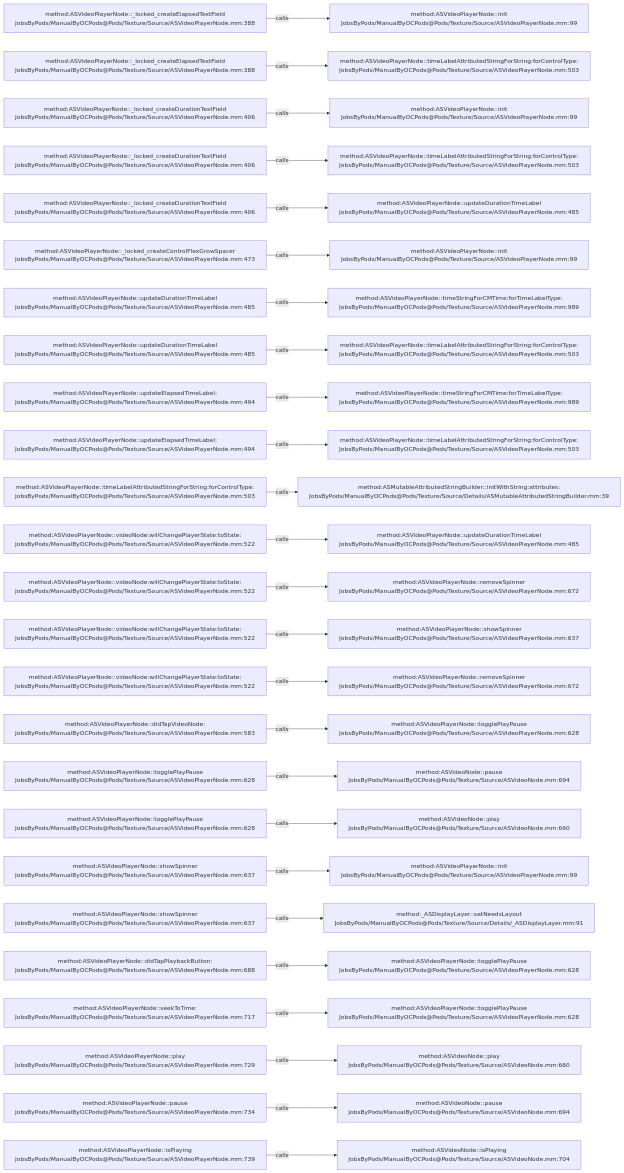
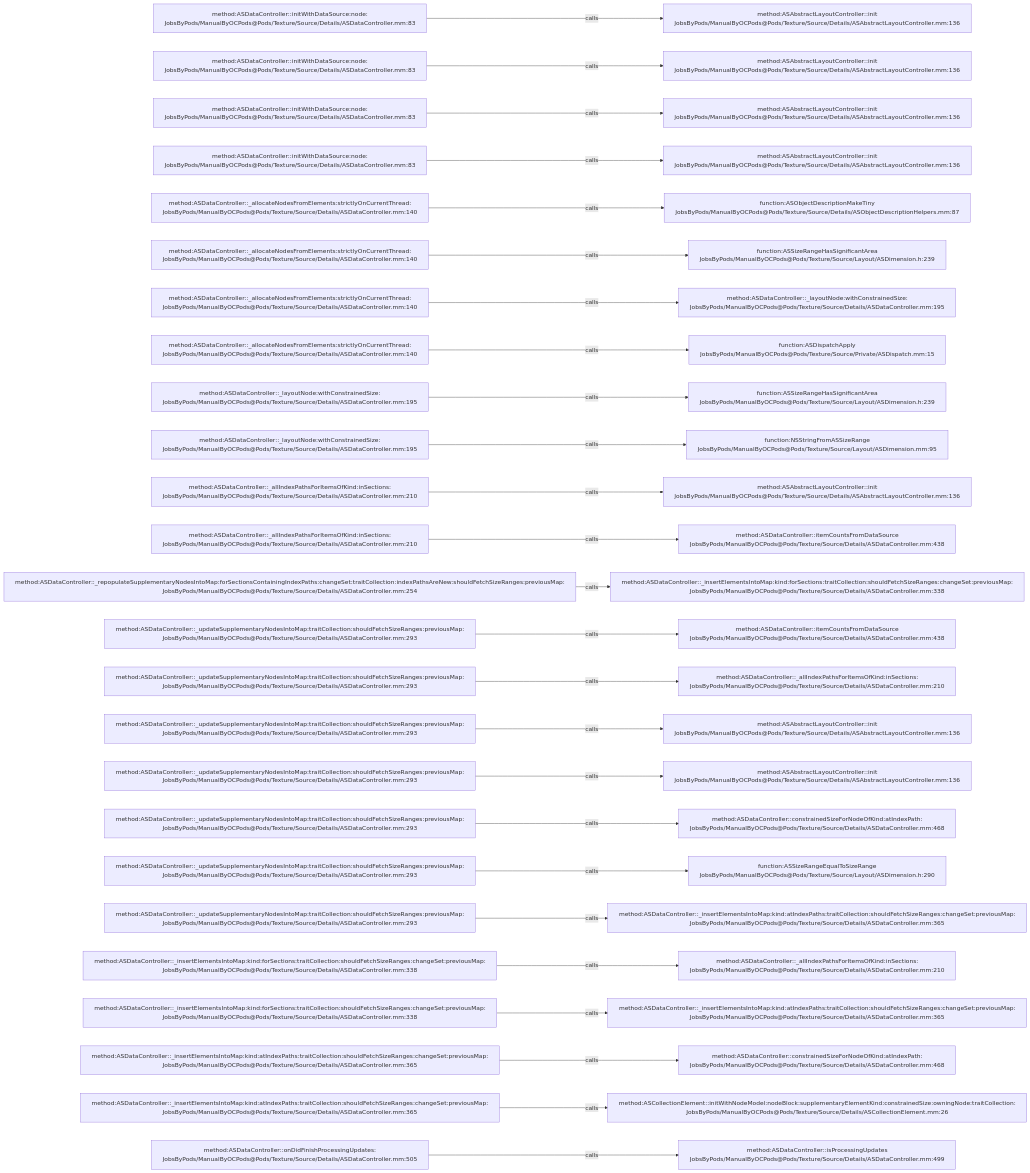
Before and after one commit to JobsKits/JobsOCBaseConfigDemo: the diagram in .codegraph/codegraph.md/graphs/calls-138.md, drawn with Mermaid. The commit also changed 2723 other files, not shown here.

````diff
--- a/.codegraph/codegraph.md/graphs/calls-138.md
+++ b/.codegraph/codegraph.md/graphs/calls-138.md
@@ -13,78 +13,78 @@
 ```mermaid
 flowchart LR
-  S1["method:ASVideoPlayerNode::_locked_createElapsedTextField<br/>JobsByPods/ManualByOCPods@Pods/Texture/Source/ASVideoPlayerNode.mm:388"]
-  T1["method:ASVideoPlayerNode::init<br/>JobsByPods/ManualByOCPods@Pods/Texture/Source/ASVideoPlayerNode.mm:99"]
+  S1["method:ASDataController::initWithDataSource:node:<br/>JobsByPods/ManualByOCPods@Pods/Texture/Source/Details/ASDataController.mm:83"]
+  T1["method:ASAbstractLayoutController::init<br/>JobsByPods/ManualByOCPods@Pods/Texture/Source/Details/ASAbstractLayoutController.mm:136"]
   S1 -->|calls| T1
-  S2["method:ASVideoPlayerNode::_locked_createElapsedTextField<br/>JobsByPods/ManualByOCPods@Pods/Texture/Source/ASVideoPlayerNode.mm:388"]
-  T2["method:ASVideoPlayerNode::timeLabelAttributedStringForString:forControlType:<br/>JobsByPods/ManualByOCPods@Pods/Texture/Source/ASVideoPlayerNode.mm:503"]
+  S2["method:ASDataController::initWithDataSource:node:<br/>JobsByPods/ManualByOCPods@Pods/Texture/Source/Details/ASDataController.mm:83"]
+  T2["method:ASAbstractLayoutController::init<br/>JobsByPods/ManualByOCPods@Pods/Texture/Source/Details/ASAbstractLayoutController.mm:136"]
   S2 -->|calls| T2
-  S3["method:ASVideoPlayerNode::_locked_createDurationTextField<br/>JobsByPods/ManualByOCPods@Pods/Texture/Source/ASVideoPlayerNode.mm:406"]
-  T3["method:ASVideoPlayerNode::init<br/>JobsByPods/ManualByOCPods@Pods/Texture/Source/ASVideoPlayerNode.mm:99"]
+  S3["method:ASDataController::initWithDataSource:node:<br/>JobsByPods/ManualByOCPods@Pods/Texture/Source/Details/ASDataController.mm:83"]
+  T3["method:ASAbstractLayoutController::init<br/>JobsByPods/ManualByOCPods@Pods/Texture/Source/Details/ASAbstractLayoutController.mm:136"]
   S3 -->|calls| T3
-  S4["method:ASVideoPlayerNode::_locked_createDurationTextField<br/>JobsByPods/ManualByOCPods@Pods/Texture/Source/ASVideoPlayerNode.mm:406"]
-  T4["method:ASVideoPlayerNode::timeLabelAttributedStringForString:forControlType:<br/>JobsByPods/ManualByOCPods@Pods/Texture/Source/ASVideoPlayerNode.mm:503"]
+  S4["method:ASDataController::initWithDataSource:node:<br/>JobsByPods/ManualByOCPods@Pods/Texture/Source/Details/ASDataController.mm:83"]
+  T4["method:ASAbstractLayoutController::init<br/>JobsByPods/ManualByOCPods@Pods/Texture/Source/Details/ASAbstractLayoutController.mm:136"]
   S4 -->|calls| T4
-  S5["method:ASVideoPlayerNode::_locked_createDurationTextField<br/>JobsByPods/ManualByOCPods@Pods/Texture/Source/ASVideoPlayerNode.mm:406"]
-  T5["method:ASVideoPlayerNode::updateDurationTimeLabel<br/>JobsByPods/ManualByOCPods@Pods/Texture/Source/ASVideoPlayerNode.mm:485"]
+  S5["method:ASDataController::_allocateNodesFromElements:strictlyOnCurrentThread:<br/>JobsByPods/ManualByOCPods@Pods/Texture/Source/Details/ASDataController.mm:140"]
+  T5["function:ASObjectDescriptionMakeTiny<br/>JobsByPods/ManualByOCPods@Pods/Texture/Source/Details/ASObjectDescriptionHelpers.mm:87"]
   S5 -->|calls| T5
-  S6["method:ASVideoPlayerNode::_locked_createControlFlexGrowSpacer<br/>JobsByPods/ManualByOCPods@Pods/Texture/Source/ASVideoPlayerNode.mm:473"]
-  T6["method:ASVideoPlayerNode::init<br/>JobsByPods/ManualByOCPods@Pods/Texture/Source/ASVideoPlayerNode.mm:99"]
+  S6["method:ASDataController::_allocateNodesFromElements:strictlyOnCurrentThread:<br/>JobsByPods/ManualByOCPods@Pods/Texture/Source/Details/ASDataController.mm:140"]
+  T6["function:ASSizeRangeHasSignificantArea<br/>JobsByPods/ManualByOCPods@Pods/Texture/Source/Layout/ASDimension.h:239"]
   S6 -->|calls| T6
-  S7["method:ASVideoPlayerNode::updateDurationTimeLabel<br/>JobsByPods/ManualByOCPods@Pods/Texture/Source/ASVideoPlayerNode.mm:485"]
-  T7["method:ASVideoPlayerNode::timeStringForCMTime:forTimeLabelType:<br/>JobsByPods/ManualByOCPods@Pods/Texture/Source/ASVideoPlayerNode.mm:989"]
+  S7["method:ASDataController::_allocateNodesFromElements:strictlyOnCurrentThread:<br/>JobsByPods/ManualByOCPods@Pods/Texture/Source/Details/ASDataController.mm:140"]
+  T7["method:ASDataController::_layoutNode:withConstrainedSize:<br/>JobsByPods/ManualByOCPods@Pods/Texture/Source/Details/ASDataController.mm:195"]
   S7 -->|calls| T7
-  S8["method:ASVideoPlayerNode::updateDurationTimeLabel<br/>JobsByPods/ManualByOCPods@Pods/Texture/Source/ASVideoPlayerNode.mm:485"]
-  T8["method:ASVideoPlayerNode::timeLabelAttributedStringForString:forControlType:<br/>JobsByPods/ManualByOCPods@Pods/Texture/Source/ASVideoPlayerNode.mm:503"]
+  S8["method:ASDataController::_allocateNodesFromElements:strictlyOnCurrentThread:<br/>JobsByPods/ManualByOCPods@Pods/Texture/Source/Details/ASDataController.mm:140"]
+  T8["function:ASDispatchApply<br/>JobsByPods/ManualByOCPods@Pods/Texture/Source/Private/ASDispatch.mm:15"]
   S8 -->|calls| T8
-  S9["method:ASVideoPlayerNode::updateElapsedTimeLabel:<br/>JobsByPods/ManualByOCPods@Pods/Texture/Source/ASVideoPlayerNode.mm:494"]
-  T9["method:ASVideoPlayerNode::timeStringForCMTime:forTimeLabelType:<br/>JobsByPods/ManualByOCPods@Pods/Texture/Source/ASVideoPlayerNode.mm:989"]
+  S9["method:ASDataController::_layoutNode:withConstrainedSize:<br/>JobsByPods/ManualByOCPods@Pods/Texture/Source/Details/ASDataController.mm:195"]
+  T9["function:ASSizeRangeHasSignificantArea<br/>JobsByPods/ManualByOCPods@Pods/Texture/Source/Layout/ASDimension.h:239"]
   S9 -->|calls| T9
-  S10["method:ASVideoPlayerNode::updateElapsedTimeLabel:<br/>JobsByPods/ManualByOCPods@Pods/Texture/Source/ASVideoPlayerNode.mm:494"]
-  T10["method:ASVideoPlayerNode::timeLabelAttributedStringForString:forControlType:<br/>JobsByPods/ManualByOCPods@Pods/Texture/Source/ASVideoPlayerNode.mm:503"]
+  S10["method:ASDataController::_layoutNode:withConstrainedSize:<br/>JobsByPods/ManualByOCPods@Pods/Texture/Source/Details/ASDataController.mm:195"]
+  T10["function:NSStringFromASSizeRange<br/>JobsByPods/ManualByOCPods@Pods/Texture/Source/Layout/ASDimension.mm:95"]
   S10 -->|calls| T10
-  S11["method:ASVideoPlayerNode::timeLabelAttributedStringForString:forControlType:<br/>JobsByPods/ManualByOCPods@Pods/Texture/Source/ASVideoPlayerNode.mm:503"]
-  T11["method:ASMutableAttributedStringBuilder::initWithString:attributes:<br/>JobsByPods/ManualByOCPods@Pods/Texture/Source/Details/ASMutableAttributedStringBuilder.mm:39"]
+  S11["method:ASDataController::_allIndexPathsForItemsOfKind:inSections:<br/>JobsByPods/ManualByOCPods@Pods/Texture/Source/Details/ASDataController.mm:210"]
+  T11["method:ASAbstractLayoutController::init<br/>JobsByPods/ManualByOCPods@Pods/Texture/Source/Details/ASAbstractLayoutController.mm:136"]
   S11 -->|calls| T11
-  S12["method:ASVideoPlayerNode::videoNode:willChangePlayerState:toState:<br/>JobsByPods/ManualByOCPods@Pods/Texture/Source/ASVideoPlayerNode.mm:522"]
-  T12["method:ASVideoPlayerNode::updateDurationTimeLabel<br/>JobsByPods/ManualByOCPods@Pods/Texture/Source/ASVideoPlayerNode.mm:485"]
+  S12["method:ASDataController::_allIndexPathsForItemsOfKind:inSections:<br/>JobsByPods/ManualByOCPods@Pods/Texture/Source/Details/ASDataController.mm:210"]
+  T12["method:ASDataController::itemCountsFromDataSource<br/>JobsByPods/ManualByOCPods@Pods/Texture/Source/Details/ASDataController.mm:438"]
   S12 -->|calls| T12
-  S13["method:ASVideoPlayerNode::videoNode:willChangePlayerState:toState:<br/>JobsByPods/ManualByOCPods@Pods/Texture/Source/ASVideoPlayerNode.mm:522"]
-  T13["method:ASVideoPlayerNode::removeSpinner<br/>JobsByPods/ManualByOCPods@Pods/Texture/Source/ASVideoPlayerNode.mm:672"]
+  S13["method:ASDataController::_repopulateSupplementaryNodesIntoMap:forSectionsContainingIndexPaths:changeSet:traitCollection:indexPathsAreNew:shouldFetchSizeRanges:previousMap:<br/>JobsByPods/ManualByOCPods@Pods/Texture/Source/Details/ASDataController.mm:254"]
+  T13["method:ASDataController::_insertElementsIntoMap:kind:forSections:traitCollection:shouldFetchSizeRanges:changeSet:previousMap:<br/>JobsByPods/ManualByOCPods@Pods/Texture/Source/Details/ASDataController.mm:338"]
   S13 -->|calls| T13
-  S14["method:ASVideoPlayerNode::videoNode:willChangePlayerState:toState:<br/>JobsByPods/ManualByOCPods@Pods/Texture/Source/ASVideoPlayerNode.mm:522"]
-  T14["method:ASVideoPlayerNode::showSpinner<br/>JobsByPods/ManualByOCPods@Pods/Texture/Source/ASVideoPlayerNode.mm:637"]
+  S14["method:ASDataController::_updateSupplementaryNodesIntoMap:traitCollection:shouldFetchSizeRanges:previousMap:<br/>JobsByPods/ManualByOCPods@Pods/Texture/Source/Details/ASDataController.mm:293"]
+  T14["method:ASDataController::itemCountsFromDataSource<br/>JobsByPods/ManualByOCPods@Pods/Texture/Source/Details/ASDataController.mm:438"]
   S14 -->|calls| T14
-  S15["method:ASVideoPlayerNode::videoNode:willChangePlayerState:toState:<br/>JobsByPods/ManualByOCPods@Pods/Texture/Source/ASVideoPlayerNode.mm:522"]
-  T15["method:ASVideoPlayerNode::removeSpinner<br/>JobsByPods/ManualByOCPods@Pods/Texture/Source/ASVideoPlayerNode.mm:672"]
+  S15["method:ASDataController::_updateSupplementaryNodesIntoMap:traitCollection:shouldFetchSizeRanges:previousMap:<br/>JobsByPods/ManualByOCPods@Pods/Texture/Source/Details/ASDataController.mm:293"]
+  T15["method:ASDataController::_allIndexPathsForItemsOfKind:inSections:<br/>JobsByPods/ManualByOCPods@Pods/Texture/Source/Details/ASDataController.mm:210"]
   S15 -->|calls| T15
-  S16["method:ASVideoPlayerNode::didTapVideoNode:<br/>JobsByPods/ManualByOCPods@Pods/Texture/Source/ASVideoPlayerNode.mm:583"]
-  T16["method:ASVideoPlayerNode::togglePlayPause<br/>JobsByPods/ManualByOCPods@Pods/Texture/Source/ASVideoPlayerNode.mm:628"]
+  S16["method:ASDataController::_updateSupplementaryNodesIntoMap:traitCollection:shouldFetchSizeRanges:previousMap:<br/>JobsByPods/ManualByOCPods@Pods/Texture/Source/Details/ASDataController.mm:293"]
+  T16["method:ASAbstractLayoutController::init<br/>JobsByPods/ManualByOCPods@Pods/Texture/Source/Details/ASAbstractLayoutController.mm:136"]
   S16 -->|calls| T16
-  S17["method:ASVideoPlayerNode::togglePlayPause<br/>JobsByPods/ManualByOCPods@Pods/Texture/Source/ASVideoPlayerNode.mm:628"]
-  T17["method:ASVideoNode::pause<br/>JobsByPods/ManualByOCPods@Pods/Texture/Source/ASVideoNode.mm:694"]
+  S17["method:ASDataController::_updateSupplementaryNodesIntoMap:traitCollection:shouldFetchSizeRanges:previousMap:<br/>JobsByPods/ManualByOCPods@Pods/Texture/Source/Details/ASDataController.mm:293"]
+  T17["method:ASAbstractLayoutController::init<br/>JobsByPods/ManualByOCPods@Pods/Texture/Source/Details/ASAbstractLayoutController.mm:136"]
   S17 -->|calls| T17
-  S18["method:ASVideoPlayerNode::togglePlayPause<br/>JobsByPods/ManualByOCPods@Pods/Texture/Source/ASVideoPlayerNode.mm:628"]
-  T18["method:ASVideoNode::play<br/>JobsByPods/ManualByOCPods@Pods/Texture/Source/ASVideoNode.mm:660"]
+  S18["method:ASDataController::_updateSupplementaryNodesIntoMap:traitCollection:shouldFetchSizeRanges:previousMap:<br/>JobsByPods/ManualByOCPods@Pods/Texture/Source/Details/ASDataController.mm:293"]
+  T18["method:ASDataController::constrainedSizeForNodeOfKind:atIndexPath:<br/>JobsByPods/ManualByOCPods@Pods/Texture/Source/Details/ASDataController.mm:468"]
   S18 -->|calls| T18
-  S19["method:ASVideoPlayerNode::showSpinner<br/>JobsByPods/ManualByOCPods@Pods/Texture/Source/ASVideoPlayerNode.mm:637"]
-  T19["method:ASVideoPlayerNode::init<br/>JobsByPods/ManualByOCPods@Pods/Texture/Source/ASVideoPlayerNode.mm:99"]
+  S19["method:ASDataController::_updateSupplementaryNodesIntoMap:traitCollection:shouldFetchSizeRanges:previousMap:<br/>JobsByPods/ManualByOCPods@Pods/Texture/Source/Details/ASDataController.mm:293"]
+  T19["function:ASSizeRangeEqualToSizeRange<br/>JobsByPods/ManualByOCPods@Pods/Texture/Source/Layout/ASDimension.h:290"]
   S19 -->|calls| T19
-  S20["method:ASVideoPlayerNode::showSpinner<br/>JobsByPods/ManualByOCPods@Pods/Texture/Source/ASVideoPlayerNode.mm:637"]
-  T20["method:_ASDisplayLayer::setNeedsLayout<br/>JobsByPods/ManualByOCPods@Pods/Texture/Source/Details/_ASDisplayLayer.mm:91"]
+  S20["method:ASDataController::_updateSupplementaryNodesIntoMap:traitCollection:shouldFetchSizeRanges:previousMap:<br/>JobsByPods/ManualByOCPods@Pods/Texture/Source/Details/ASDataController.mm:293"]
+  T20["method:ASDataController::_insertElementsIntoMap:kind:atIndexPaths:traitCollection:shouldFetchSizeRanges:changeSet:previousMap:<br/>JobsByPods/ManualByOCPods@Pods/Texture/Source/Details/ASDataController.mm:365"]
   S20 -->|calls| T20
-  S21["method:ASVideoPlayerNode::didTapPlaybackButton:<br/>JobsByPods/ManualByOCPods@Pods/Texture/Source/ASVideoPlayerNode.mm:688"]
-  T21["method:ASVideoPlayerNode::togglePlayPause<br/>JobsByPods/ManualByOCPods@Pods/Texture/Source/ASVideoPlayerNode.mm:628"]
+  S21["method:ASDataController::_insertElementsIntoMap:kind:forSections:traitCollection:shouldFetchSizeRanges:changeSet:previousMap:<br/>JobsByPods/ManualByOCPods@Pods/Texture/Source/Details/ASDataController.mm:338"]
+  T21["method:ASDataController::_allIndexPathsForItemsOfKind:inSections:<br/>JobsByPods/ManualByOCPods@Pods/Texture/Source/Details/ASDataController.mm:210"]
   S21 -->|calls| T21
-  S22["method:ASVideoPlayerNode::seekToTime:<br/>JobsByPods/ManualByOCPods@Pods/Texture/Source/ASVideoPlayerNode.mm:717"]
-  T22["method:ASVideoPlayerNode::togglePlayPause<br/>JobsByPods/ManualByOCPods@Pods/Texture/Source/ASVideoPlayerNode.mm:628"]
+  S22["method:ASDataController::_insertElementsIntoMap:kind:forSections:traitCollection:shouldFetchSizeRanges:changeSet:previousMap:<br/>JobsByPods/ManualByOCPods@Pods/Texture/Source/Details/ASDataController.mm:338"]
+  T22["method:ASDataController::_insertElementsIntoMap:kind:atIndexPaths:traitCollection:shouldFetchSizeRanges:changeSet:previousMap:<br/>JobsByPods/ManualByOCPods@Pods/Texture/Source/Details/ASDataController.mm:365"]
   S22 -->|calls| T22
-  S23["method:ASVideoPlayerNode::play<br/>JobsByPods/ManualByOCPods@Pods/Texture/Source/ASVideoPlayerNode.mm:729"]
-  T23["method:ASVideoNode::play<br/>JobsByPods/ManualByOCPods@Pods/Texture/Source/ASVideoNode.mm:660"]
+  S23["method:ASDataController::_insertElementsIntoMap:kind:atIndexPaths:traitCollection:shouldFetchSizeRanges:changeSet:previousMap:<br/>JobsByPods/ManualByOCPods@Pods/Texture/Source/Details/ASDataController.mm:365"]
+  T23["method:ASDataController::constrainedSizeForNodeOfKind:atIndexPath:<br/>JobsByPods/ManualByOCPods@Pods/Texture/Source/Details/ASDataController.mm:468"]
   S23 -->|calls| T23
-  S24["method:ASVideoPlayerNode::pause<br/>JobsByPods/ManualByOCPods@Pods/Texture/Source/ASVideoPlayerNode.mm:734"]
-  T24["method:ASVideoNode::pause<br/>JobsByPods/ManualByOCPods@Pods/Texture/Source/ASVideoNode.mm:694"]
+  S24["method:ASDataController::_insertElementsIntoMap:kind:atIndexPaths:traitCollection:shouldFetchSizeRanges:changeSet:previousMap:<br/>JobsByPods/ManualByOCPods@Pods/Texture/Source/Details/ASDataController.mm:365"]
+  T24["method:ASCollectionElement::initWithNodeModel:nodeBlock:supplementaryElementKind:constrainedSize:owningNode:traitCollection:<br/>JobsByPods/ManualByOCPods@Pods/Texture/Source/Details/ASCollectionElement.mm:26"]
   S24 -->|calls| T24
-  S25["method:ASVideoPlayerNode::isPlaying<br/>JobsByPods/ManualByOCPods@Pods/Texture/Source/ASVideoPlayerNode.mm:739"]
-  T25["method:ASVideoNode::isPlaying<br/>JobsByPods/ManualByOCPods@Pods/Texture/Source/ASVideoNode.mm:704"]
+  S25["method:ASDataController::onDidFinishProcessingUpdates:<br/>JobsByPods/ManualByOCPods@Pods/Texture/Source/Details/ASDataController.mm:505"]
+  T25["method:ASDataController::isProcessingUpdates<br/>JobsByPods/ManualByOCPods@Pods/Texture/Source/Details/ASDataController.mm:499"]
   S25 -->|calls| T25
 ```
````
